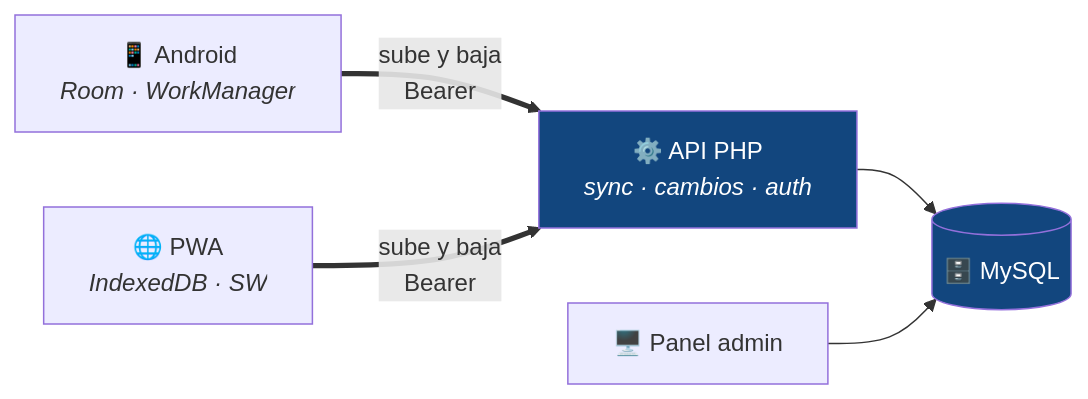
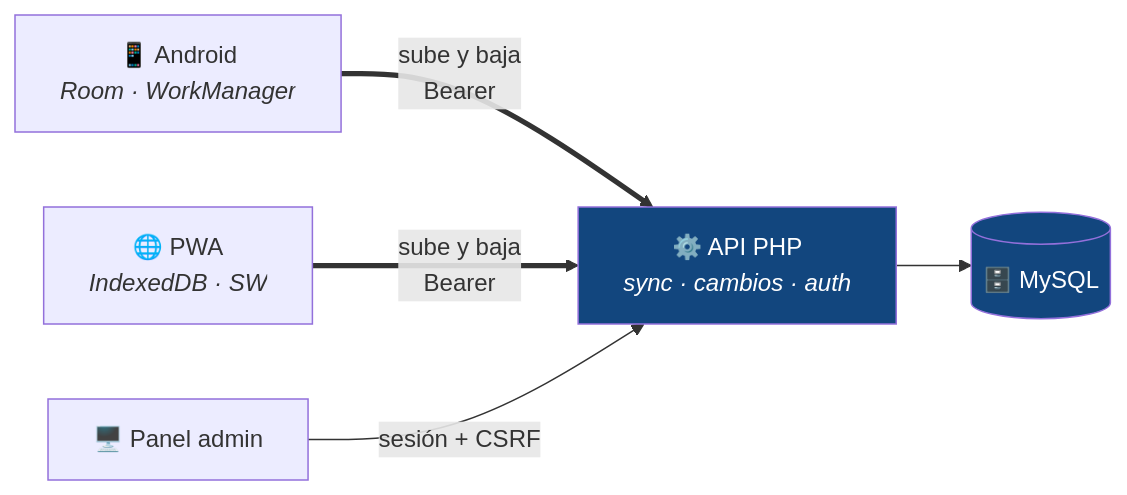
The first of 2 diagrams in README.md (Manuel151025/proyecto_offline), drawn with Mermaid before and after one commit. The commit also changed other lines of this file and 19 other files, not shown here.

````diff
--- a/README.md
+++ b/README.md
@@ -43,16 +54,16 @@
 ```mermaid
 graph LR
     AND["📱 Android<br/><i>Room · WorkManager</i>"]
     PWA["🌐 PWA<br/><i>IndexedDB · SW</i>"]
     API["⚙️ API PHP<br/><i>sync · cambios · auth</i>"]
     DB[("🗄️ MySQL")]
     ADM["🖥️ Panel admin"]
 
     AND ==>|"sube y baja<br/>Bearer"| API
     PWA ==>|"sube y baja<br/>Bearer"| API
     API --> DB
-    ADM --> DB
+    ADM -->|"sesión + CSRF"| API
 
     style API fill:#12467E,color:#fff
     style DB fill:#12467E,color:#fff
 ```
````
